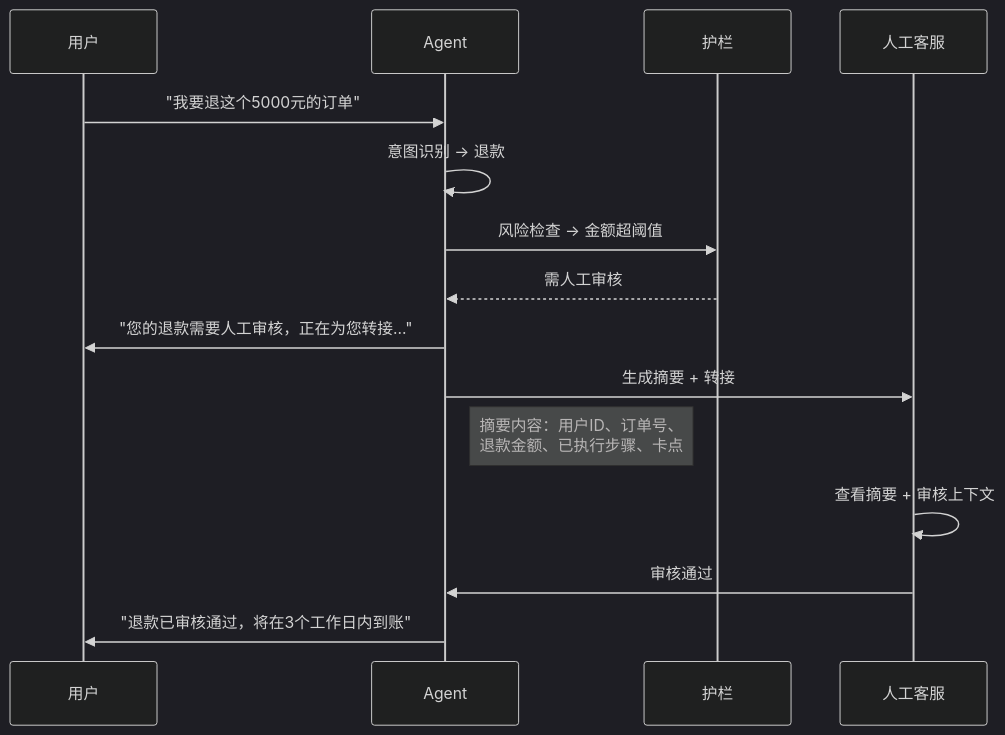
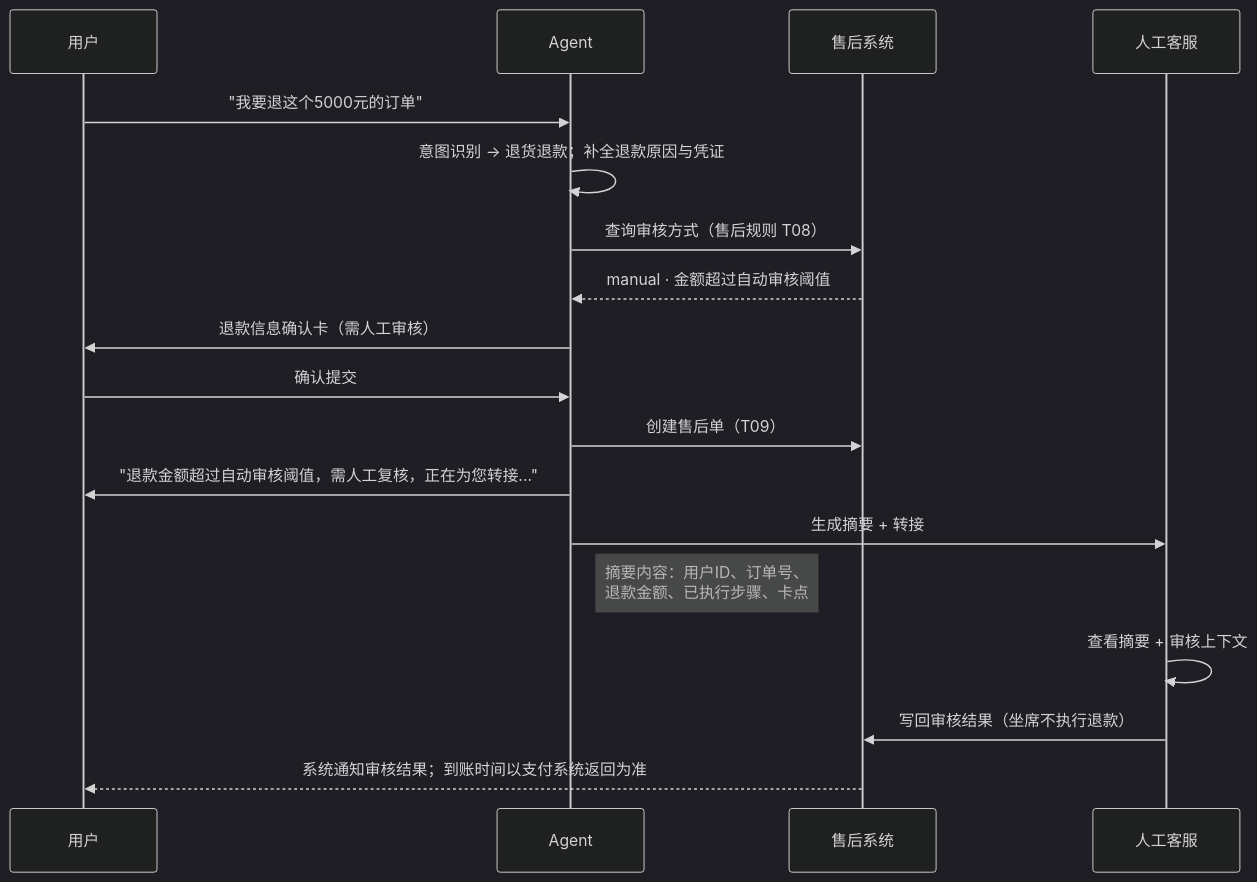
One commit to yshihao636/shopbot-demo changed diagram 12 of 16 in ShopBot电商智能客服 PRD.md. Above: the diagram before and after it, drawn with Mermaid (dark theme). The commit also changed other lines of this file, not shown here.

Commit message:
更新 PRD 至 v1.10：退货凭证规则、P0–P3 告警、追问上限、VIP 优先转接、人工客服节省率，补页面上线版本与流程图

````diff
--- a/ShopBot电商智能客服 PRD.md
+++ b/ShopBot电商智能客服 PRD.md
@@ -1494,18 +1593,21 @@
 ```mermaid
 sequenceDiagram
     participant U as 用户
     participant A as Agent
-    participant G as 护栏
+    participant S as 售后系统
     participant H as 人工客服
 
     U->>A: "我要退这个5000元的订单"
-    A->>A: 意图识别 → 退款
-    A->>G: 风险检查 → 金额超阈值
-    G-->>A: 需人工审核
-    A->>U: "您的退款需要人工审核，正在为您转接..."
+    A->>A: 意图识别 → 退货退款；补全退款原因与凭证
+    A->>S: 查询审核方式（售后规则 T08）
+    S-->>A: manual · 金额超过自动审核阈值
+    A->>U: 退款信息确认卡（需人工审核）
+    U->>A: 确认提交
+    A->>S: 创建售后单（T09）
+    A->>U: "退款金额超过自动审核阈值，需人工复核，正在为您转接..."
     A->>H: 生成摘要 + 转接
     Note right of A: 摘要内容：用户ID、订单号、<br>退款金额、已执行步骤、卡点
     H->>H: 查看摘要 + 审核上下文
-    H->>A: 审核通过
-    A->>U: "退款已审核通过，将在3个工作日内到账"
+    H->>S: 写回审核结果（坐席不执行退款）
+    S-->>U: 系统通知审核结果；到账时间以支付系统返回为准
 ```
````
